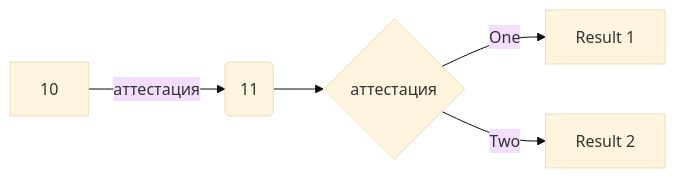
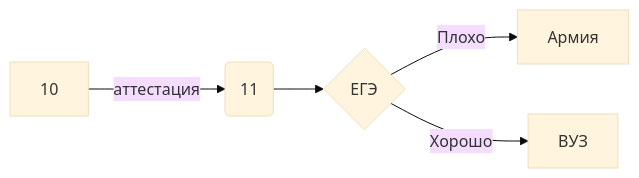
Before and after one commit to VoroninVaycheslav/LearnOfInvormatic: the diagram in README.md, drawn with Mermaid (base theme).

````diff
--- a/README.md
+++ b/README.md
@@ -41,7 +41,7 @@
 ```mermaid
 flowchart LR
 A[10] -->|аттестация| B(11)
-B --> C{аттестация}
-C -->|One| D[Result 1]
-C -->|Two| E[Result 2]
+B --> C{ЕГЭ}
+C -->|Плохо| D[Армия]
+C -->|Хорошо| E[ВУЗ]
 ```
````
